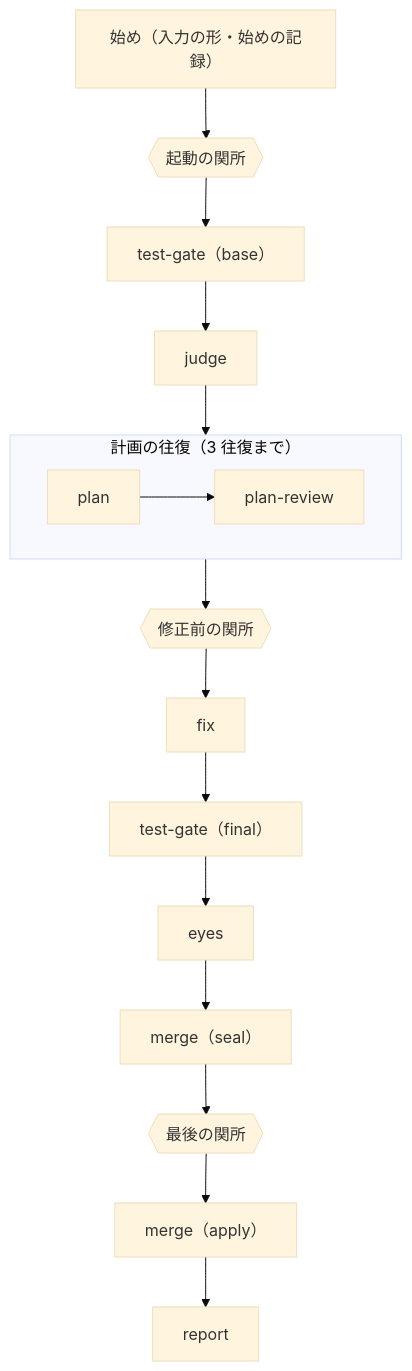
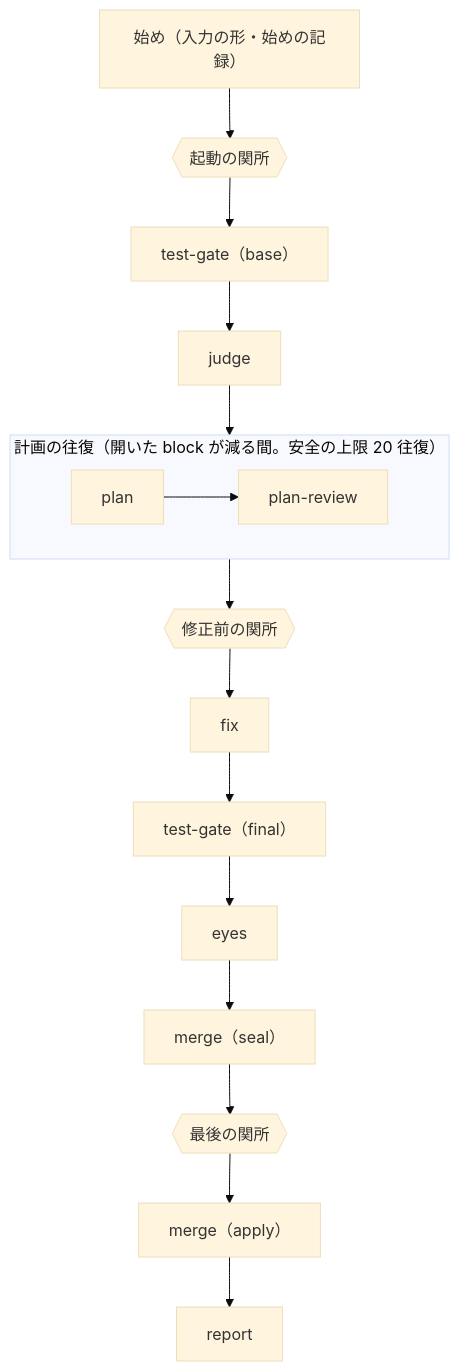
Before and after one commit to raiki61/works-factory: the second of 2 diagrams in docs/design.md, drawn with Mermaid (base theme). The commit also changed other lines of this file and 31 other files, not shown here.

````diff
--- a/docs/design.md
+++ b/docs/design.md
@@ -87,18 +87,18 @@
 ```mermaid
 flowchart TB
   start["始め（入力の形・始めの記録）"] --> g1{{"起動の関所"}}
   g1 --> tb["test-gate（base）"]
   tb --> judge
   judge --> loopP
-  subgraph loopP["計画の往復（3 往復まで）"]
+  subgraph loopP["計画の往復（開いた block が減る間。安全の上限 20 往復）"]
     plan --> pr["plan-review"]
   end
   loopP --> g2{{"修正前の関所"}}
   g2 --> fix
   fix --> tf["test-gate（final）"]
   tf --> eyes
   eyes --> ms["merge（seal）"]
   ms --> g3{{"最後の関所"}}
   g3 --> ma["merge（apply）"]
   ma --> report
 ```
````
